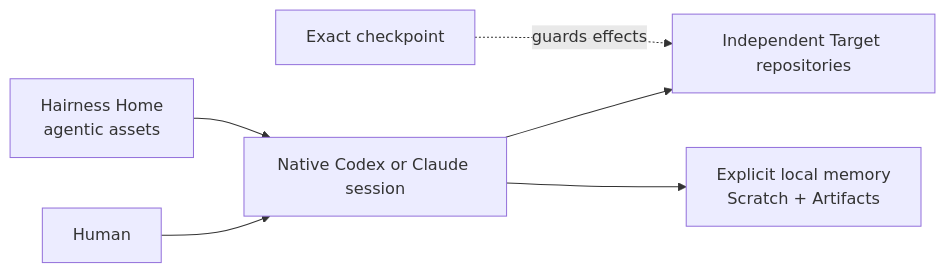
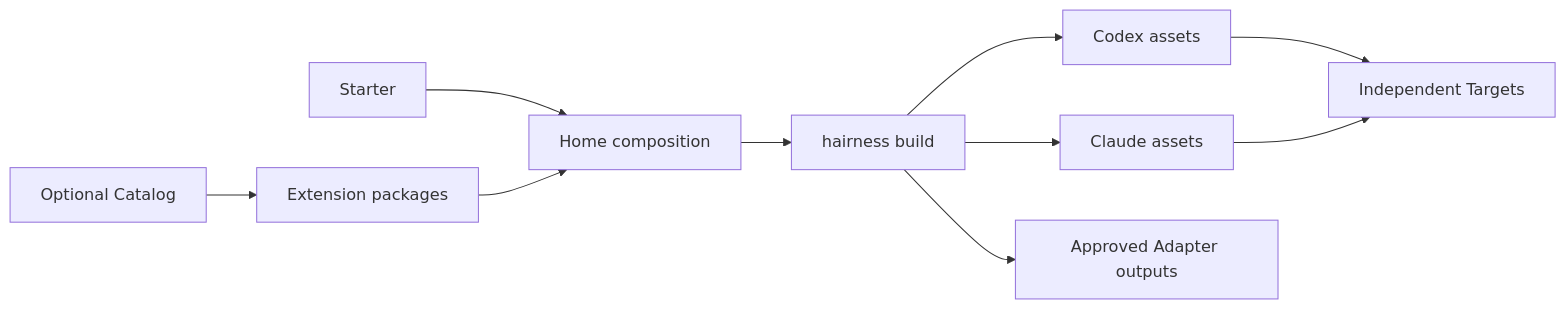
Before and after one commit to thevzion/hairness: the diagram in README.md, drawn with Mermaid. The commit also changed other lines of this file and 133 other files, not shown here.

Commit message:
feat: reconstruct Hairness as a package-native kernel (#21)

````diff
--- a/README.md
+++ b/README.md
@@ -50,8 +122,12 @@
 ```mermaid
 flowchart LR
-  human["Human"] --> provider["Native Codex or Claude session"]
-  home["Hairness Home\nagentic assets"] --> provider
-  provider --> target["Independent Target repositories"]
-  provider --> overlay["Explicit local memory\nScratch + Artifacts"]
-  checkpoint["Exact checkpoint"] -. "guards effects" .-> target
+  starter["Starter"] --> home["Home composition"]
+  extension["Extension packages"] --> home
+  catalog["Optional Catalog"] --> extension
+  home --> build["hairness build"]
+  build --> codex["Codex assets"]
+  build --> claude["Claude assets"]
+  build --> adapter["Approved Adapter outputs"]
+  codex --> targets["Independent Targets"]
+  claude --> targets
 ```
````
